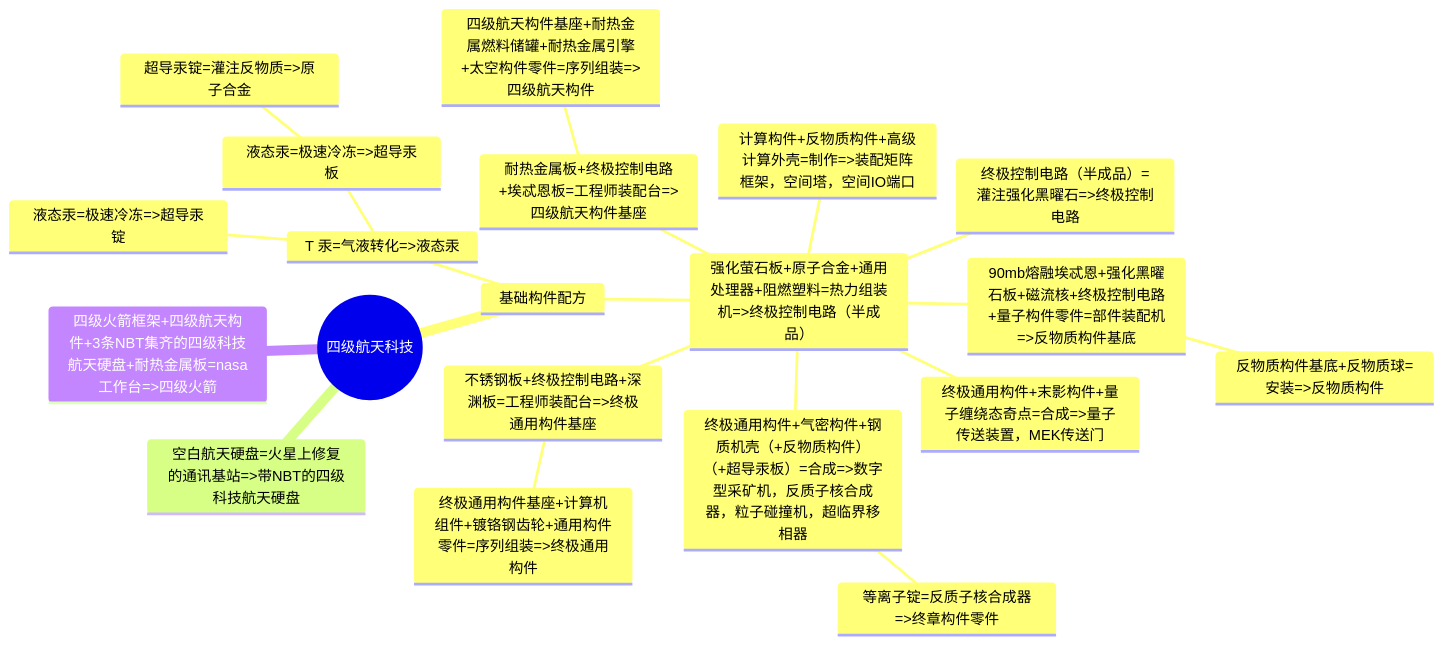
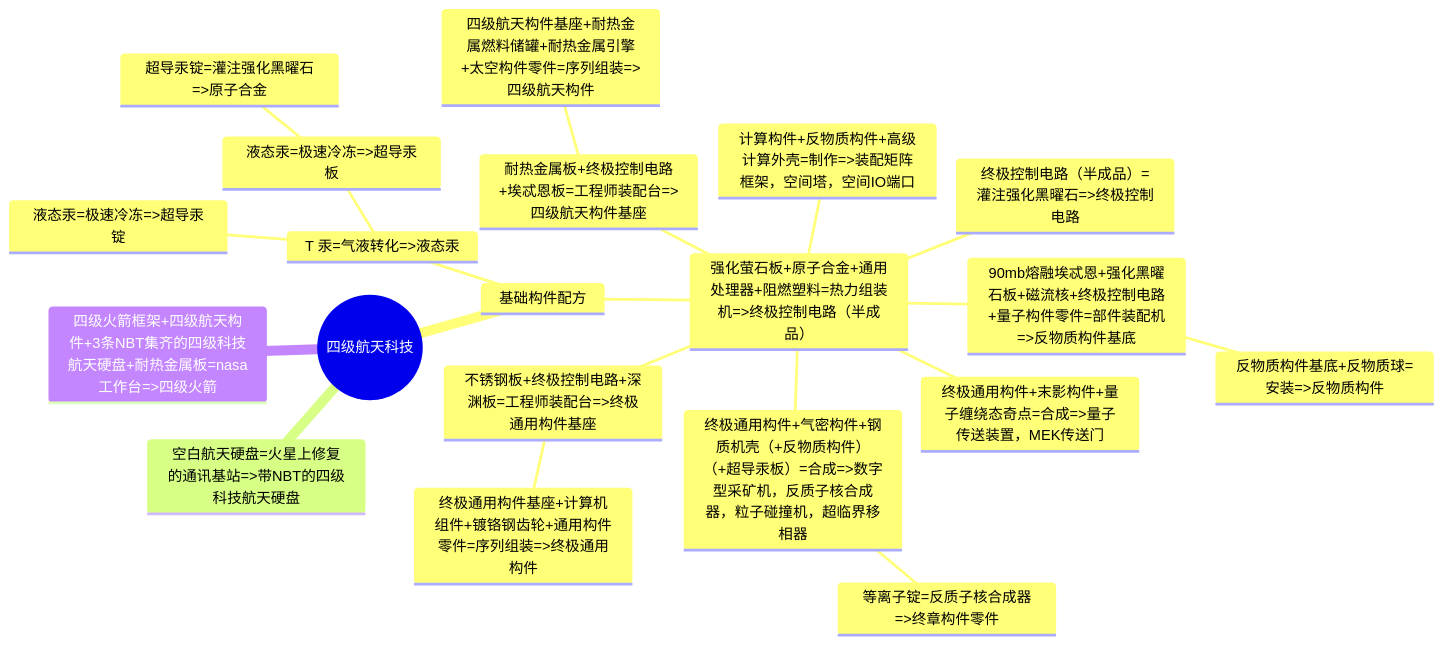
One commit to VechniMetel/CodeNameCIM2 changed the fourth of 4 diagrams in Developer/TechTreeMap.md. Above: the diagram before and after it, drawn with Mermaid.

````diff
--- a/Developer/TechTreeMap.md
+++ b/Developer/TechTreeMap.md
@@ -113,23 +113,23 @@
 ``` mermaid
 mindmap
     root((四级航天科技))
         基础构件配方
             T 汞=气液转化=>液态汞
                 液态汞=极速冷冻=>超导汞锭
                 液态汞=极速冷冻=>超导汞板
-                    超导汞锭=灌注反物质=>原子合金
+                    超导汞锭=灌注强化黑曜石=>原子合金
             强化萤石板+原子合金+通用处理器+阻燃塑料=热力组装机=>终极控制电路（半成品）
                 终极控制电路（半成品）=灌注强化黑曜石=>终极控制电路
                 耐热金属板+终极控制电路+埃忒恩板=工程师装配台=>四级航天构件基座
                     四级航天构件基座+耐热金属燃料储罐+耐热金属引擎+太空构件零件=序列组装=>四级航天构件
                 不锈钢板+终极控制电路+深渊板=工程师装配台=>终极通用构件基座
                     终极通用构件基座+计算机组件+镀铬钢齿轮+通用构件零件=序列组装=>终极通用构件
                 90mb熔融埃忒恩+强化黑曜石板+磁流核+终极控制电路+量子构件零件=部件装配机=>反物质构件基底
                     反物质构件基底+反物质球=安装=>反物质构件
                 终极通用构件+气密构件+钢质机壳（+反物质构件）（+超导汞板）=合成=>数字型采矿机，反质子核合成器，粒子碰撞机，超临界移相器
                     等离子锭=反质子核合成器=>终章构件零件
                 终极通用构件+末影构件+量子缠绕态奇点=合成=>量子传送装置，MEK传送门
                 计算构件+反物质构件+高级计算外壳=制作=>装配矩阵框架，空间塔，空间IO端口
         空白航天硬盘=火星上修复的通讯基站=>带NBT的四级科技航天硬盘
         四级火箭框架+四级航天构件+3条NBT集齐的四级科技航天硬盘+耐热金属板=nasa工作台=>四级火箭
 ```
````
